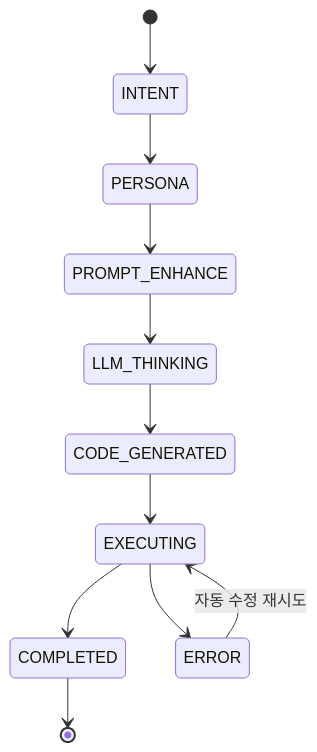
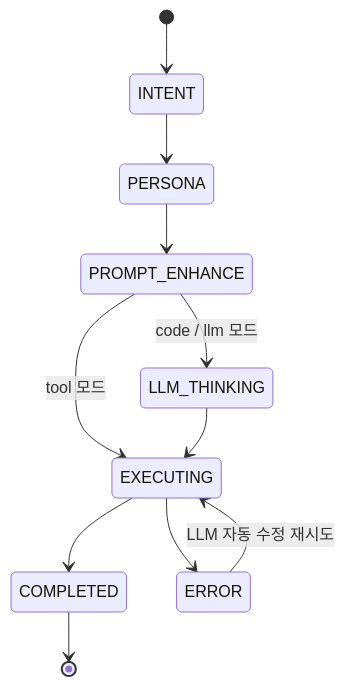
One commit to sayoon01/excel-ai-agent changed the fourth of 8 diagrams in README.md. Above: the diagram before and after it, drawn with Mermaid. The commit also changed other lines of this file and 33 other files, not shown here.

````diff
--- a/README.md
+++ b/README.md
@@ -240,13 +309,13 @@
 ```mermaid
 stateDiagram-v2
     [*] --> INTENT
     INTENT --> PERSONA
     PERSONA --> PROMPT_ENHANCE
-    PROMPT_ENHANCE --> LLM_THINKING
-    LLM_THINKING --> CODE_GENERATED
-    CODE_GENERATED --> EXECUTING
+    PROMPT_ENHANCE --> LLM_THINKING : code / llm 모드
+    PROMPT_ENHANCE --> EXECUTING    : tool 모드
+    LLM_THINKING --> EXECUTING
     EXECUTING --> COMPLETED
     EXECUTING --> ERROR
-    ERROR --> EXECUTING : 자동 수정 재시도
+    ERROR --> EXECUTING : LLM 자동 수정 재시도
     COMPLETED --> [*]
 ```
````
